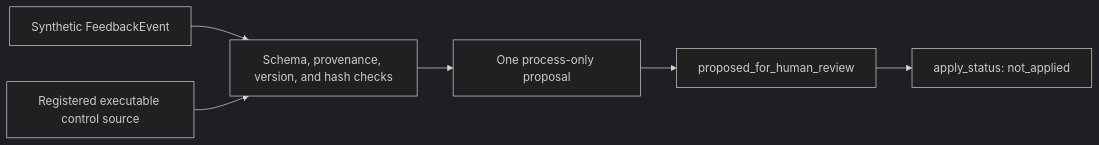
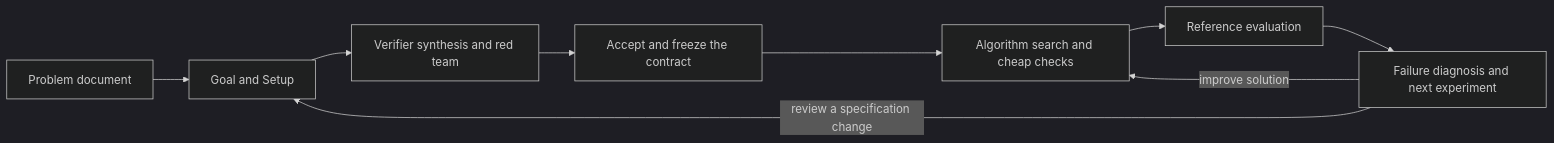
Before and after one commit to ruizhao13/VeriSpiral: the diagram in README.md, drawn with Mermaid (dark theme). The commit also changed other lines of this file and 33 other files, not shown here.

````diff
--- a/README.md
+++ b/README.md
@@ -135,8 +11,11 @@
 ```mermaid
 flowchart LR
-    F[Synthetic FeedbackEvent] --> G[Schema, provenance, version, and hash checks]
-    C[Registered executable control source] --> G
-    G --> P[One process-only proposal]
-    P --> H[proposed_for_human_review]
-    H --> N[apply_status: not_applied]
+    P[Problem document] --> G[Goal and Setup]
+    G --> V[Verifier synthesis and red team]
+    V --> F[Accept and freeze the contract]
+    F --> A[Algorithm search and cheap checks]
+    A --> E[Reference evaluation]
+    E --> D[Failure diagnosis and next experiment]
+    D -->|improve solution| A
+    D -->|review a specification change| G
 ```
````
